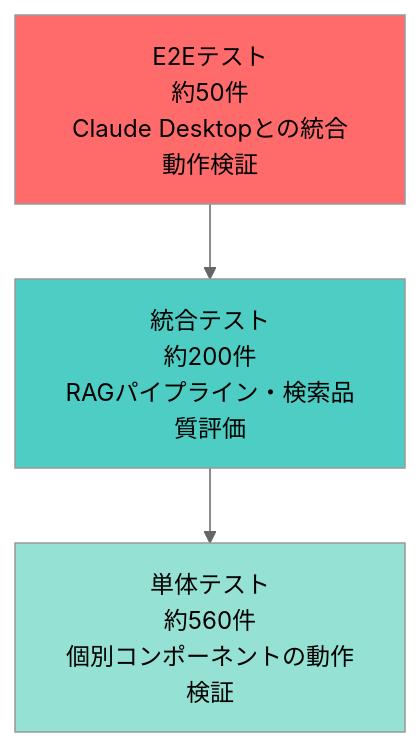
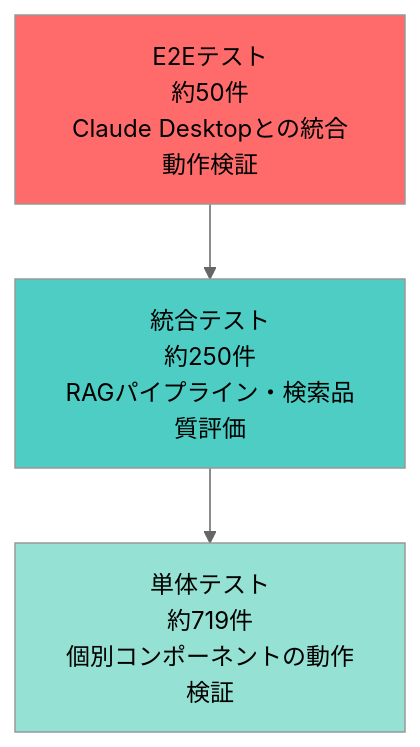
The first of 3 diagrams in docs/articles/13-testing-strategy.md (kumagoro1202/nablarch-mcp-server), drawn with Mermaid (neutral theme) before and after one commit. The commit also changed other lines of this file and 9 other files, not shown here.

````diff
--- a/docs/articles/13-testing-strategy.md
+++ b/docs/articles/13-testing-strategy.md
@@ -54,9 +54,9 @@
 ```mermaid
 graph TD
-    A[E2Eテスト<br/>約50件<br/>Claude Desktopとの統合動作検証] --> B[統合テスト<br/>約200件<br/>RAGパイプライン・検索品質評価]
-    B --> C[単体テスト<br/>約560件<br/>個別コンポーネントの動作検証]
+    A[E2Eテスト<br/>約50件<br/>Claude Desktopとの統合動作検証] --> B[統合テスト<br/>約250件<br/>RAGパイプライン・検索品質評価]
+    B --> C[単体テスト<br/>約719件<br/>個別コンポーネントの動作検証]
 
     style A fill:#ff6b6b
     style B fill:#4ecdc4
     style C fill:#95e1d3
 ```
````
